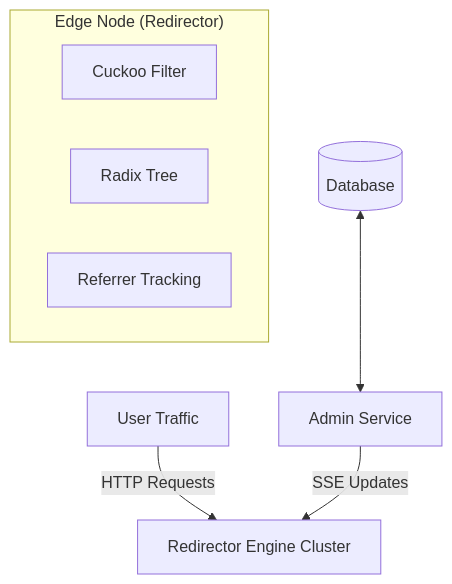
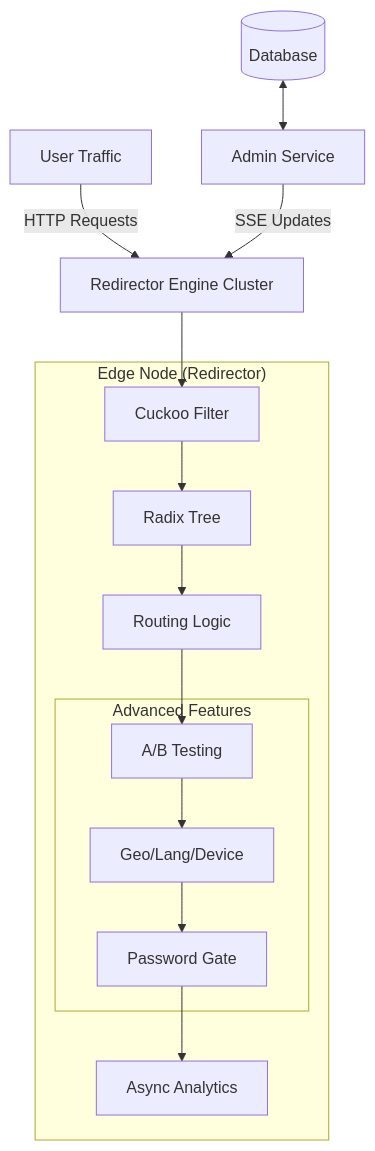
Before and after one commit to MikBin/url-redir-short: the diagram in redir-engine/unified_architecture.md, drawn with Mermaid. The commit also changed other lines of this file and 1 other file, not shown here.

First line of the commit message:
Update unified architecture documentation and remove obsolete file

````diff
--- a/redir-engine/unified_architecture.md
+++ b/redir-engine/unified_architecture.md
@@ -12,12 +12,28 @@
 ```mermaid
 graph TD
     User[User Traffic] -->|HTTP Requests| Edge[Redirector Engine Cluster]
     Admin[Admin Service] -->|SSE Updates| Edge
     DB[(Database)] <--> Admin
 
     subgraph "Edge Node (Redirector)"
         CF[Cuckoo Filter]
         RT[Radix Tree]
-        RT_Logic[Referrer Tracking]
+        Routing[Routing Logic]
+
+        subgraph "Advanced Features"
+           AB[A/B Testing]
+           Geo[Geo/Lang/Device]
+           Auth[Password Gate]
+        end
+
+        Analytics[Async Analytics]
     end
+
+    Edge --> CF
+    CF --> RT
+    RT --> Routing
+    Routing --> AB
+    AB --> Geo
+    Geo --> Auth
+    Auth --> Analytics
 ```
````
